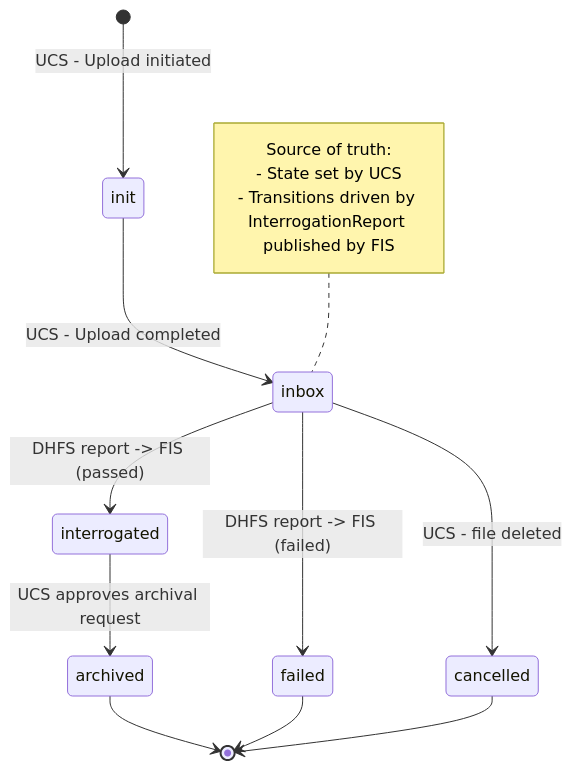
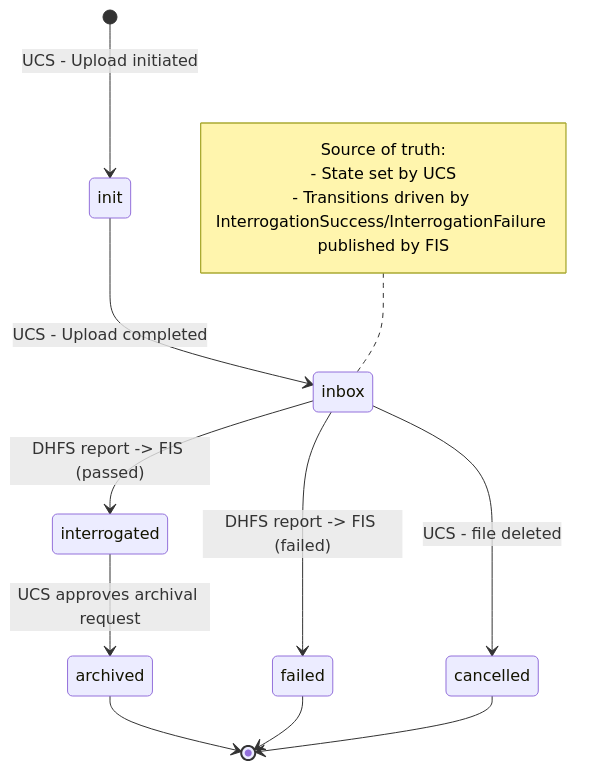
The third of 3 diagrams in 84-sarcastic-fringehead/technical_specification.md (ghga-de/epic-docs), drawn with Mermaid before and after one commit. The commit also changed other lines of this file and 1 other file, not shown here.

Commit message:
Update Cleanup Job Diagram and Service Map

````diff
--- a/84-sarcastic-fringehead/technical_specification.md
+++ b/84-sarcastic-fringehead/technical_specification.md
@@ -693,18 +690,18 @@
 ```mermaid
 stateDiagram-v2
     [*] --> init: UCS - Upload initiated
     init --> inbox: UCS - Upload completed
     inbox --> interrogated: DHFS report -> FIS (passed)
     inbox --> failed: DHFS report -> FIS (failed)
     inbox --> cancelled: UCS - file deleted
     interrogated --> archived: UCS approves archival request
     archived --> [*]
     failed --> [*]
     cancelled --> [*]
 
     note left of inbox
       Source of truth:
       - State set by UCS
-      - Transitions driven by InterrogationReport published by FIS
+      - Transitions driven by InterrogationSuccess/InterrogationFailure published by FIS
     end note
 ```
````
